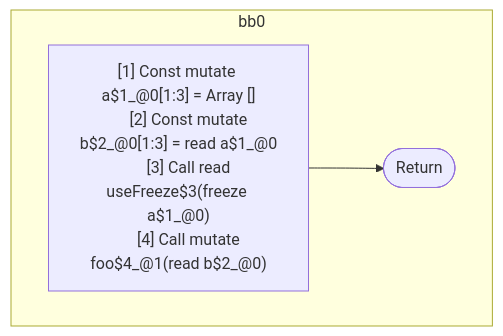
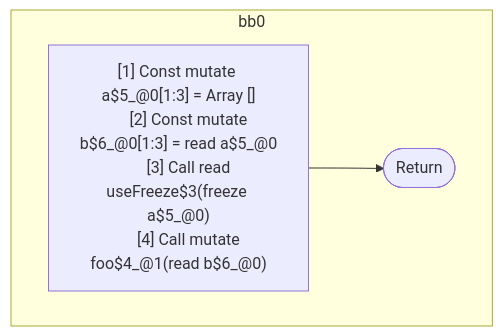
Before and after one commit to wutsmog/private: the first of 3 diagrams in compiler/forget/src/__tests__/fixtures/hir/frozen-after-alias.expect.md, drawn with Mermaid. The commit also changed other lines of this file and 59 other files, not shown here.

````diff
--- a/compiler/forget/src/__tests__/fixtures/hir/frozen-after-alias.expect.md
+++ b/compiler/forget/src/__tests__/fixtures/hir/frozen-after-alias.expect.md
@@ -30,16 +30,16 @@
 ```mermaid
 flowchart TB
   %% Basic Blocks
   subgraph bb0
     bb0_instrs["
-      [1] Const mutate a$1_@0[1:3] = Array []
-      [2] Const mutate b$2_@0[1:3] = read a$1_@0
-      [3] Call read useFreeze$3(freeze a$1_@0)
-      [4] Call mutate foo$4_@1(read b$2_@0)
+      [1] Const mutate a$5_@0[1:3] = Array []
+      [2] Const mutate b$6_@0[1:3] = read a$5_@0
+      [3] Call read useFreeze$3(freeze a$5_@0)
+      [4] Call mutate foo$4_@1(read b$6_@0)
     "]
     bb0_instrs --> bb0_terminal(["Return"])
   end
 
   %% Jumps
   %% empty
 ```
````
